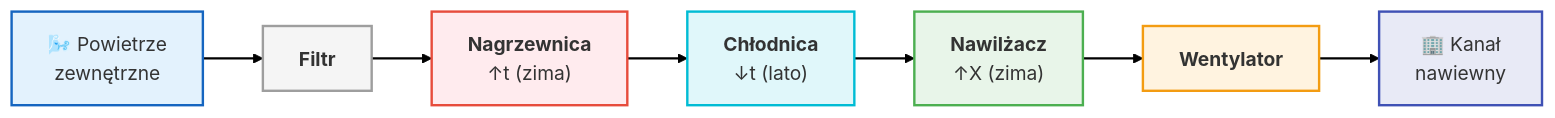
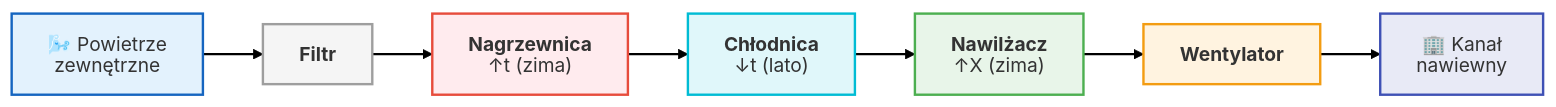
The second of 2 diagrams in Wyklady/12_Powietrze_Wilgotne.qmd (moondec/Termodynamika), drawn with Mermaid before and after one commit. The commit also changed other lines of this file and 84 other files, not shown here.

First line of the commit message:
Wykłady: diagramy mermaid bez ucinania i dopasowane do slajdów

````diff
--- a/Wyklady/12_Powietrze_Wilgotne.qmd
+++ b/Wyklady/12_Powietrze_Wilgotne.qmd
@@ -1176,23 +1179,24 @@
 ```{mermaid}
 %%| fig-align: center
-%%| fig-width: 14
-%%| fig-height: 1
 
-%%{init: {'theme': 'default', 'flowchart': { 'useMaxWidth': false, 'htmlLabels': true }, 'themeVariables': { 'fontSize': '16px', 'fontFamily': 'sans-serif' }}}%%
+%%{init: {'theme': 'default', 'flowchart': {'htmlLabels': false, 'wrappingWidth': 400, 'subGraphTitleMargin': {'top': 6, 'bottom': 16}}, 'themeVariables': {'fontSize': '16px', 'fontFamily': 'Arial, Helvetica, sans-serif'}, 'htmlLabels': false}}%%
 flowchart LR
-    IN["🌬️ Powietrze<br>zewnętrzne"] --> F["<b>Filtr</b>"]
-    F --> N["<b>Nagrzewnica</b><br>↑t (zima)"]
-    N --> CH["<b>Chłodnica</b><br>↓t (lato)"]
-    CH --> NAW["<b>Nawilżacz</b><br>↑X (zima)"]
-    NAW --> W["<b>Wentylator</b>"]
+    IN["🌬️ Powietrze<br>zewnętrzne"] --> F["`**Filtr**`"]
+    F --> N["`**Nagrzewnica**
+↑t (zima)`"]
+    N --> CH["`**Chłodnica**
+↓t (lato)`"]
+    CH --> NAW["`**Nawilżacz**
+↑X (zima)`"]
+    NAW --> W["`**Wentylator**`"]
     W --> OUT["🏢 Kanał<br>nawiewny"]
     
     style IN fill:#e3f2fd,stroke:#1565c0,stroke-width:2px
     style F fill:#f5f5f5,stroke:#9e9e9e,stroke-width:2px
     style N fill:#ffebee,stroke:#e74c3c,stroke-width:2px
     style CH fill:#e0f7fa,stroke:#00bcd4,stroke-width:2px
     style NAW fill:#e8f5e9,stroke:#4caf50,stroke-width:2px
     style W fill:#fff3e0,stroke:#f39c12,stroke-width:2px
     style OUT fill:#e8eaf6,stroke:#3f51b5,stroke-width:2px
     linkStyle default stroke-width:2px,fill:none,stroke:black
 ```
````
